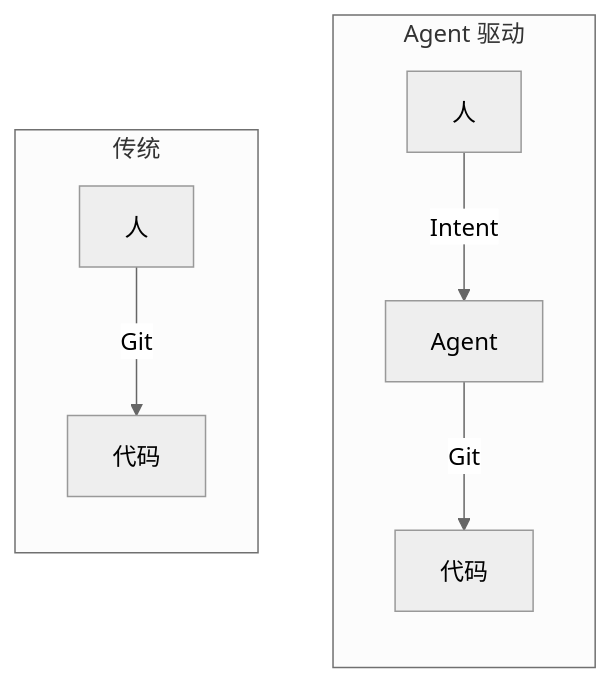
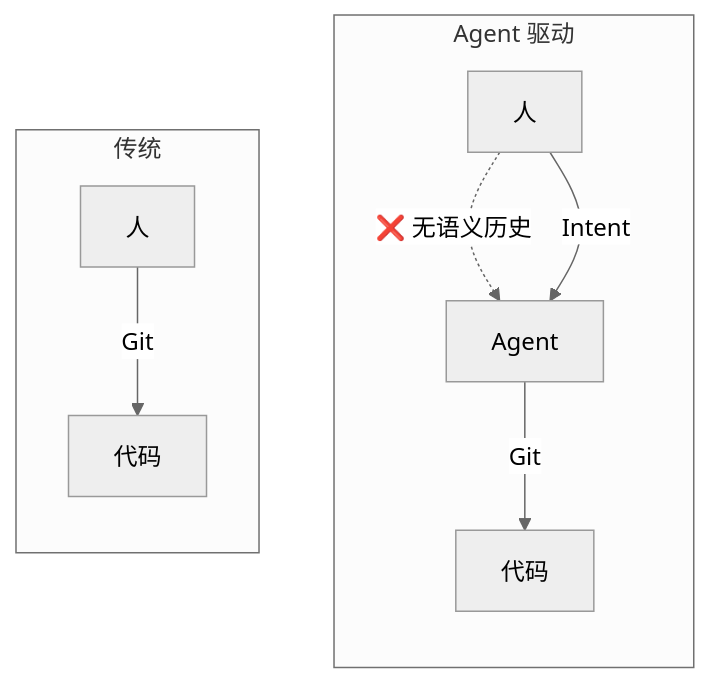
One commit to dozybot001/Intent changed the diagram in README.CN.md. Above: the diagram before and after it, drawn with Mermaid (neutral theme). The commit also changed 1 other file, not shown here.

Commit message:
Show semantic gap before introducing Intent in diagram
Human→Agent now has two edges: a dashed line marking the missing
semantic history, and a solid arrow showing Intent as the solution.

````diff
--- a/README.CN.md
+++ b/README.CN.md
@@ -17,18 +17,19 @@
 ```mermaid
 flowchart LR
   subgraph traditional["传统"]
     direction TB
     H1["人"]
     C1["代码"]
     H1 -->|"Git"| C1
   end
   subgraph agent["Agent 驱动"]
     direction TB
     H2["人"]
     AG["Agent"]
     C2["代码"]
+    H2 -."❌ 无语义历史".-> AG
     H2 -->|"Intent"| AG
     AG -->|"Git"| C2
   end
   traditional ~~~ agent
 ```
````
